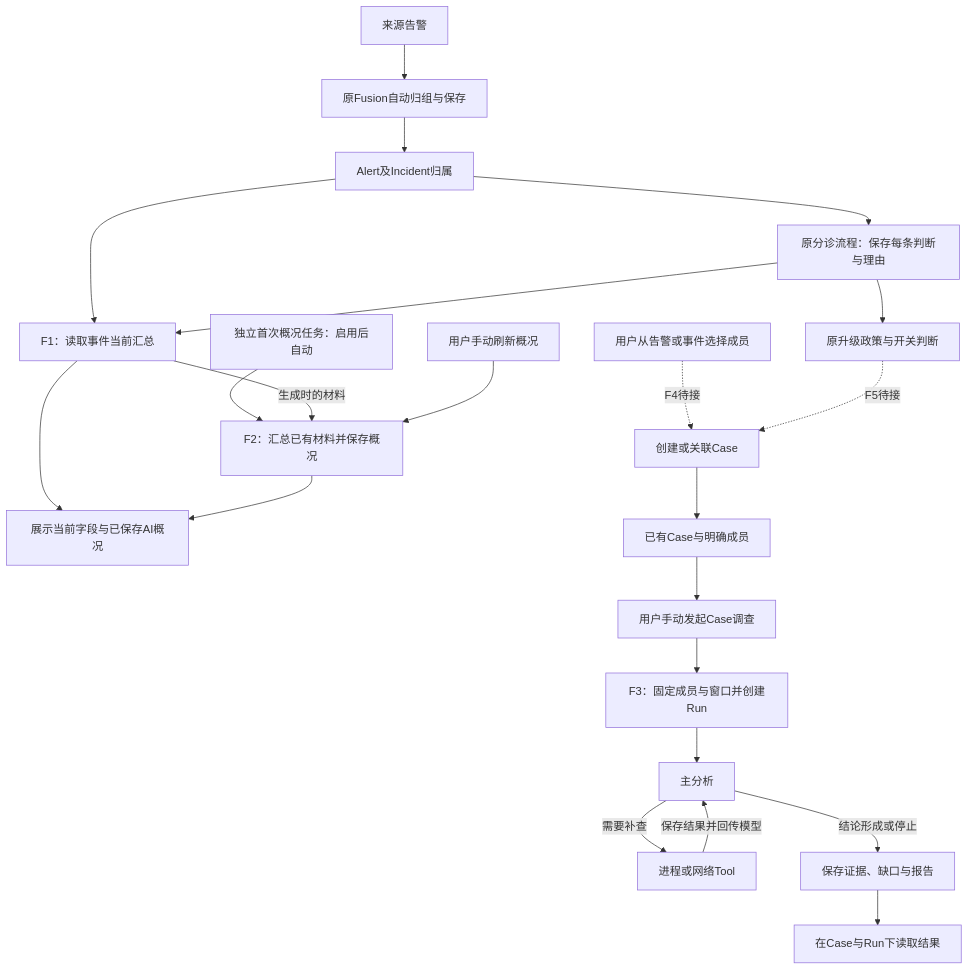
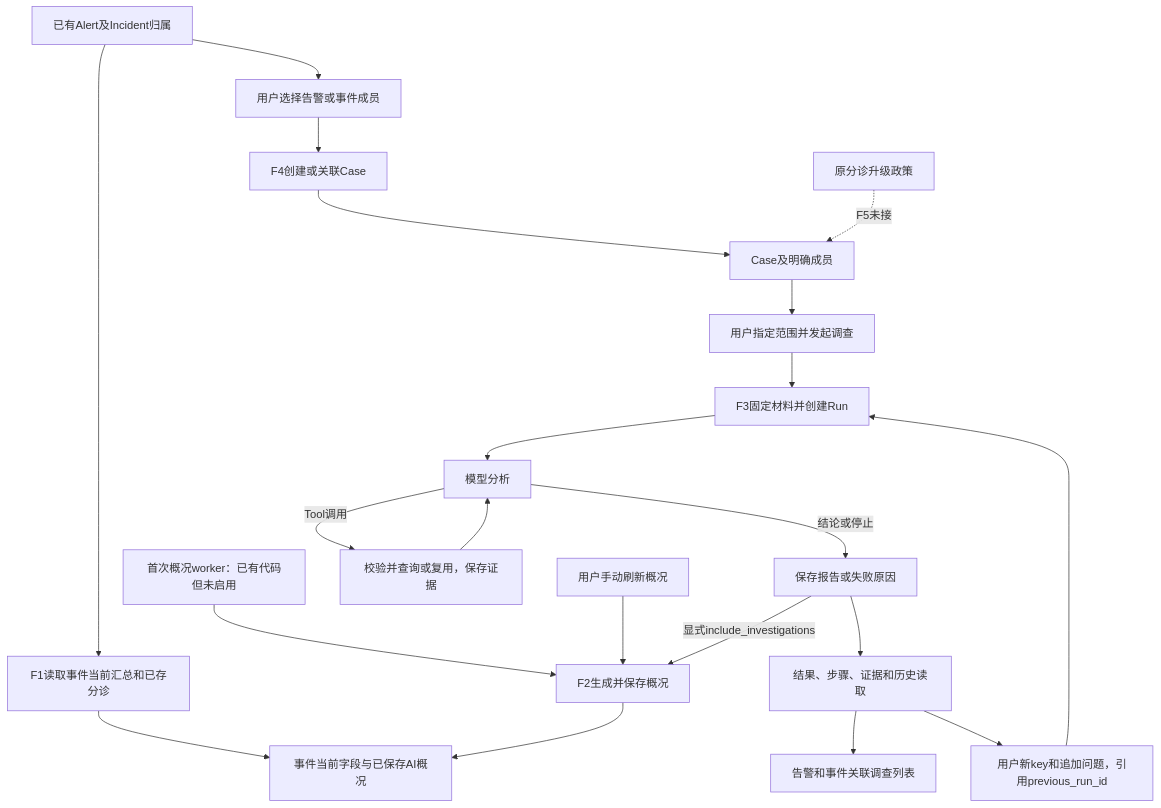
The diagram in docs/investigation/current-design-alignment-20261027.md (Dinines/socai2), drawn with Mermaid before and after one commit. The commit also changed other lines of this file and 61 other files, not shown here.

````diff
--- a/docs/investigation/current-design-alignment-20261027.md
+++ b/docs/investigation/current-design-alignment-20261027.md
@@ -28,24 +23,23 @@
 ```mermaid
 flowchart TD
-    A[来源告警] --> F[原Fusion自动归组与保存]
-    F --> AL[Alert及Incident归属]
-    AL --> T[原分诊流程：保存每条判断与理由]
-    AL --> I[F1：读取事件当前汇总]
-    T --> I
-    I --> V[展示当前字段与已保存AI概况]
-    W[独立首次概况任务：启用后自动] --> S[F2：汇总已有材料并保存概况]
-    I -->|生成时的材料| S
+    A[已有Alert及Incident归属] --> I[F1读取事件当前汇总和已存分诊]
+    I --> V[事件当前字段与已保存AI概况]
+    W[首次概况worker：已有代码但未启用] --> S[F2生成并保存概况]
     U[用户手动刷新概况] --> S
     S --> V
-    PICK[用户从告警或事件选择成员] -. F4待接 .-> C[创建或关联Case]
-    T --> P[原升级政策与开关判断]
-    P -. F5待接 .-> C
-    C --> EC[已有Case与明确成员]
-    EC --> START[用户手动发起Case调查]
-    START --> R[F3：固定成员与窗口并创建Run]
-    R --> M[主分析]
-    M -->|需要补查| Q[进程或网络Tool]
-    Q -->|保存结果并回传模型| M
-    M -->|结论形成或停止| O[保存证据、缺口与报告]
-    O --> READ[在Case与Run下读取结果]
+    A --> PICK[用户选择告警或事件成员]
+    PICK --> F4[F4创建或关联Case]
+    F4 --> C[Case及明确成员]
+    C --> START[用户指定范围并发起调查]
+    START --> R[F3固定材料并创建Run]
+    R --> M[模型分析]
+    M -->|Tool调用| Q[校验并查询或复用，保存证据]
+    Q --> M
+    M -->|结论或停止| O[保存报告或失败原因]
+    O --> READ[结果、步骤、证据和历史读取]
+    READ --> LINK[告警和事件关联调查列表]
+    O -->|显式include_investigations| S
+    READ --> FOLLOW[用户新key和追加问题，引用previous_run_id]
+    FOLLOW --> R
+    P[原分诊升级政策] -. F5未接 .-> C
 ```
````
